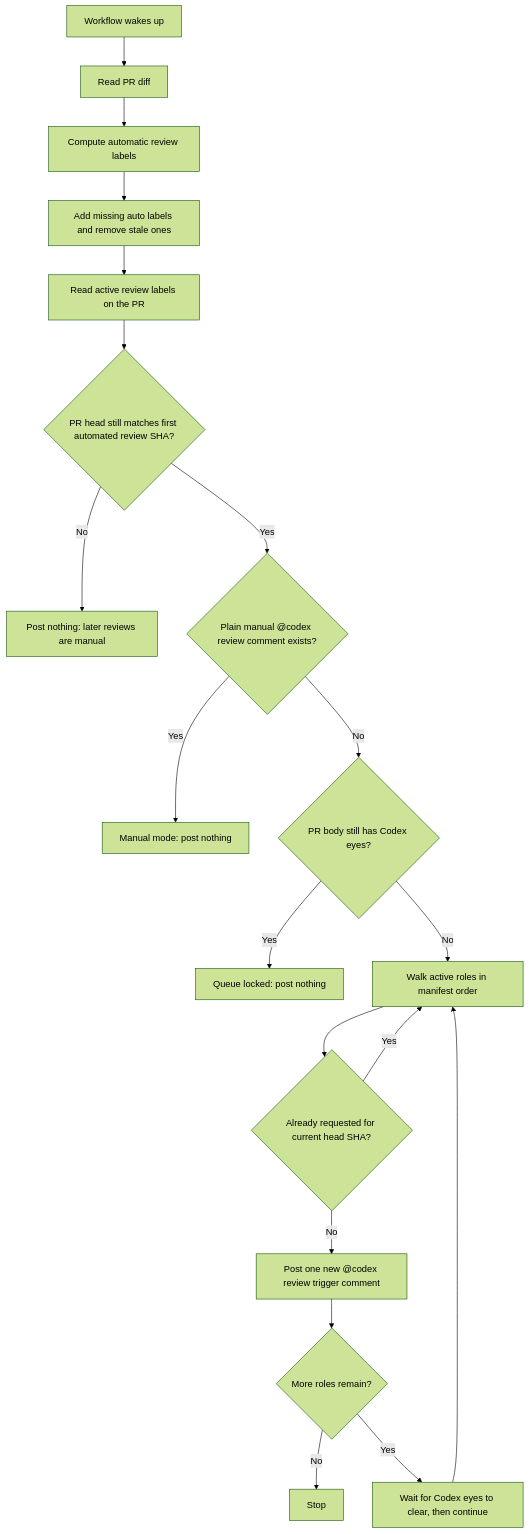
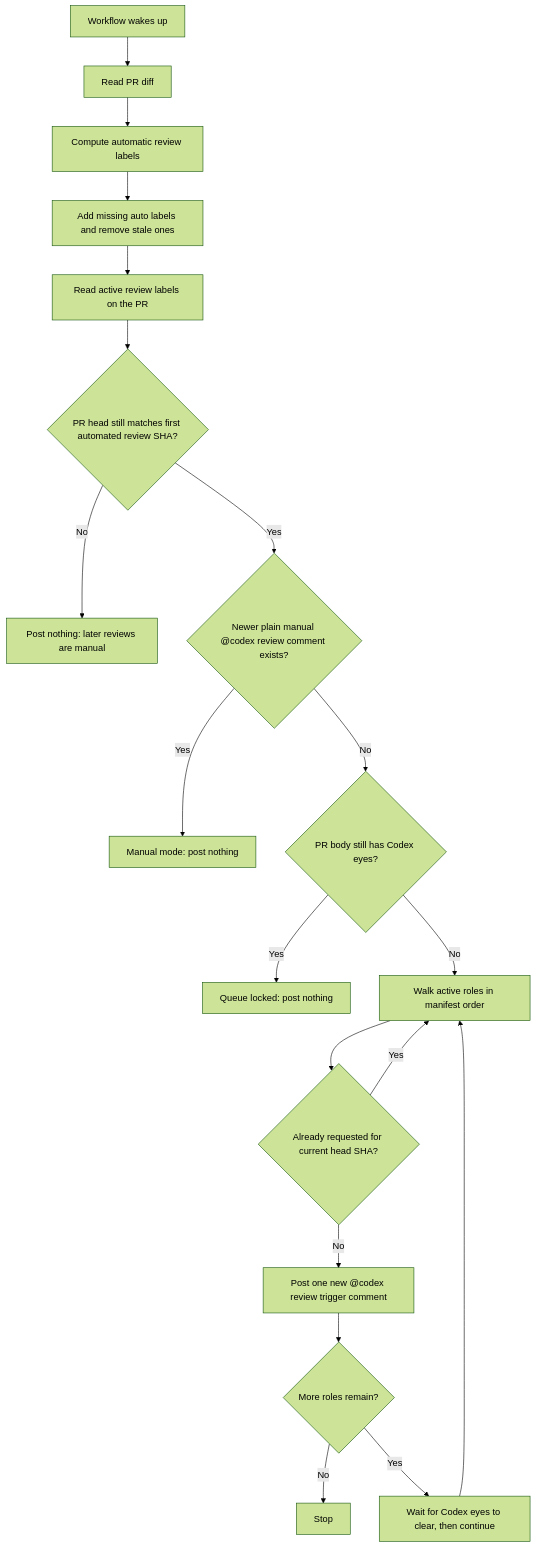
The first of 4 diagrams in docs/workflows/codex-review-flow.md (jaharris87/fTimer), drawn with Mermaid (forest theme) before and after one commit. The commit also changed other lines of this file and 4 other files, not shown here.

Commit message:
harden codex review workflow

````diff
--- a/docs/workflows/codex-review-flow.md
+++ b/docs/workflows/codex-review-flow.md
@@ -30,21 +36,21 @@
 ```mermaid
 flowchart TD
     A["Workflow wakes up"] --> B["Read PR diff"]
     B --> C["Compute automatic review labels"]
     C --> D["Add missing auto labels and remove stale ones"]
     D --> E["Read active review labels on the PR"]
     E --> F{"PR head still matches first automated review SHA?"}
     F -->|"No"| G["Post nothing: later reviews are manual"]
-    F -->|"Yes"| H{"Plain manual @codex review comment exists?"}
+    F -->|"Yes"| H{"Newer plain manual @codex review comment exists?"}
     H -->|"Yes"| I["Manual mode: post nothing"]
     H -->|"No"| J{"PR body still has Codex eyes?"}
     J -->|"Yes"| K["Queue locked: post nothing"]
     J -->|"No"| L["Walk active roles in manifest order"]
     L --> M{"Already requested for current head SHA?"}
     M -->|"Yes"| L
     M -->|"No"| N["Post one new @codex review trigger comment"]
     N --> O{"More roles remain?"}
     O -->|"No"| P["Stop"]
     O -->|"Yes"| Q["Wait for Codex eyes to clear, then continue"]
     Q --> L
 ```
````
